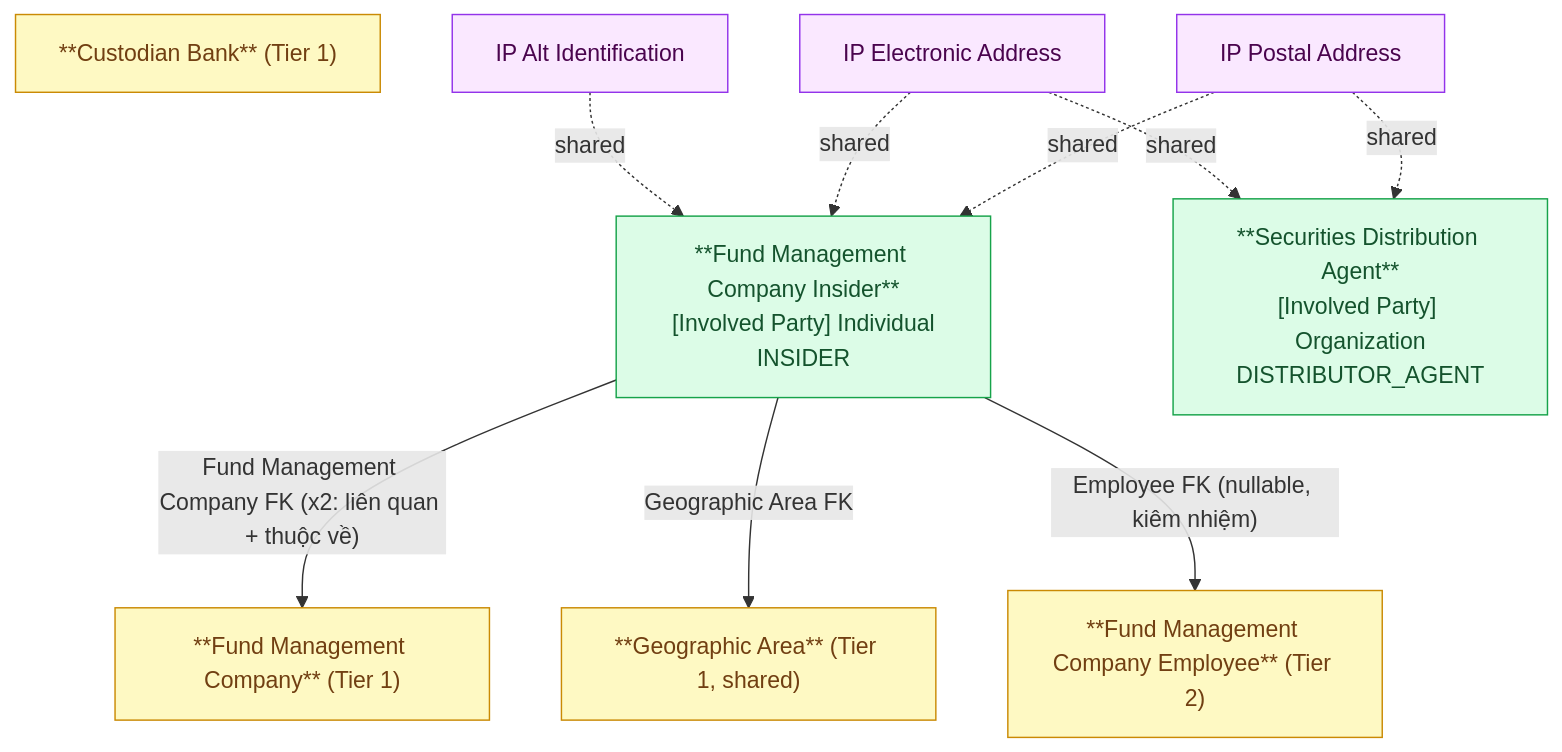
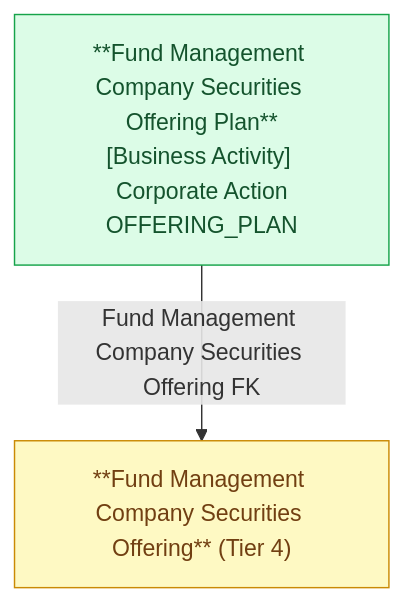
The second of 2 diagrams in DataModel/working/Atomic/hld/FMS_HLD_Tier5.md (linhlvit/ubck_atomic_design), drawn with Mermaid before and after one commit. The commit also changed other lines of this file and 351 other files, not shown here.

````diff
--- a/DataModel/working/Atomic/hld/FMS_HLD_Tier5.md
+++ b/DataModel/working/Atomic/hld/FMS_HLD_Tier5.md
@@ -50,28 +37,11 @@
 ```mermaid
 graph TD
     classDef atomic fill:#dcfce7,stroke:#16a34a,color:#14532d
-    classDef shared fill:#fae8ff,stroke:#9333ea,color:#4a044e
     classDef outscope fill:#fef9c3,stroke:#ca8a04,color:#713f12
 
-    FMCI["**Fund Management Company Insider**\n[Involved Party] Individual\nINSIDER"]:::atomic
-    SDA["**Securities Distribution Agent**\n[Involved Party] Organization\nDISTRIBUTOR_AGENT"]:::atomic
+    OFFP["**Fund Management Company Securities Offering Plan**\n[Business Activity] Corporate Action\nOFFERING_PLAN"]:::atomic
 
-    FMC["**Fund Management Company** (Tier 1)"]:::outscope
-    CB["**Custodian Bank** (Tier 1)"]:::outscope
-    GEO["**Geographic Area** (Tier 1, shared)"]:::outscope
-    KP["**Fund Management Company Employee** (Tier 2)"]:::outscope
+    OFF["**Fund Management Company Securities Offering** (Tier 4)"]:::outscope
 
-    ADDR["IP Postal Address"]:::shared
-    EADDR["IP Electronic Address"]:::shared
-    ALTID["IP Alt Identification"]:::shared
-
-
-    FMCI -->|"Fund Management Company FK (x2: liên quan + thuộc về)"| FMC
-    FMCI -->|"Geographic Area FK"| GEO
-    FMCI -->|"Employee FK (nullable, kiêm nhiệm)"| KP
-    ADDR -.->|"shared"| FMCI
-    EADDR -.->|"shared"| FMCI
-    ALTID -.->|"shared"| FMCI
-    ADDR -.->|"shared"| SDA
-    EADDR -.->|"shared"| SDA
+    OFFP -->|"Fund Management Company Securities Offering FK"| OFF
 ```
````
